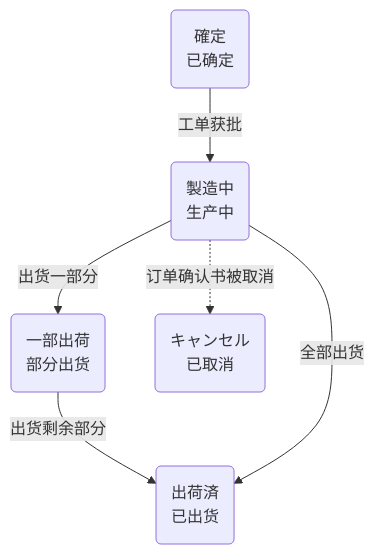
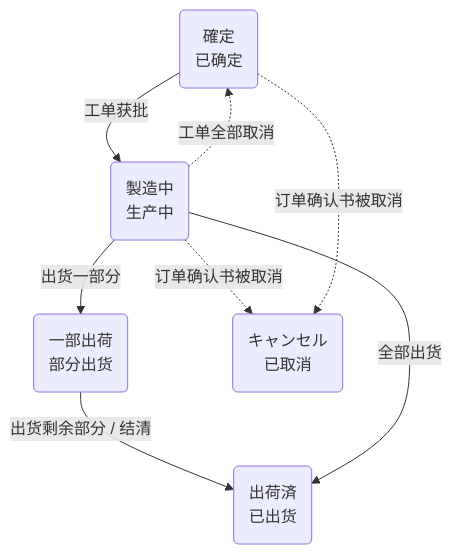
The second of 2 diagrams in coolify/apps/nextjs-web/content/manual/operations/sales/order-line/user.zh.md (Kuisin/ckk-tool-v3), drawn with Mermaid before and after one commit. The commit also changed other lines of this file and 29 other files, not shown here.

````diff
--- a/coolify/apps/nextjs-web/content/manual/operations/sales/order-line/user.zh.md
+++ b/coolify/apps/nextjs-web/content/manual/operations/sales/order-line/user.zh.md
@@ -68,8 +72,10 @@
 ```mermaid
 flowchart TD
   conf("確定<br/>已确定"):::blue -->|"工单获批"| prod("製造中<br/>生产中"):::violet
   prod -->|"出货一部分"| part("一部出荷<br/>部分出货"):::orange
-  part -->|"出货剩余部分"| ship("出荷済<br/>已出货"):::green
+  part -->|"出货剩余部分 / 结清"| ship("出荷済<br/>已出货"):::green
   prod -->|"全部出货"| ship
   prod -.->|"订单确认书被取消"| can("キャンセル<br/>已取消"):::red
+  conf -.->|"订单确认书被取消"| can
+  prod -.->|"工单全部取消"| conf
 ```
````
